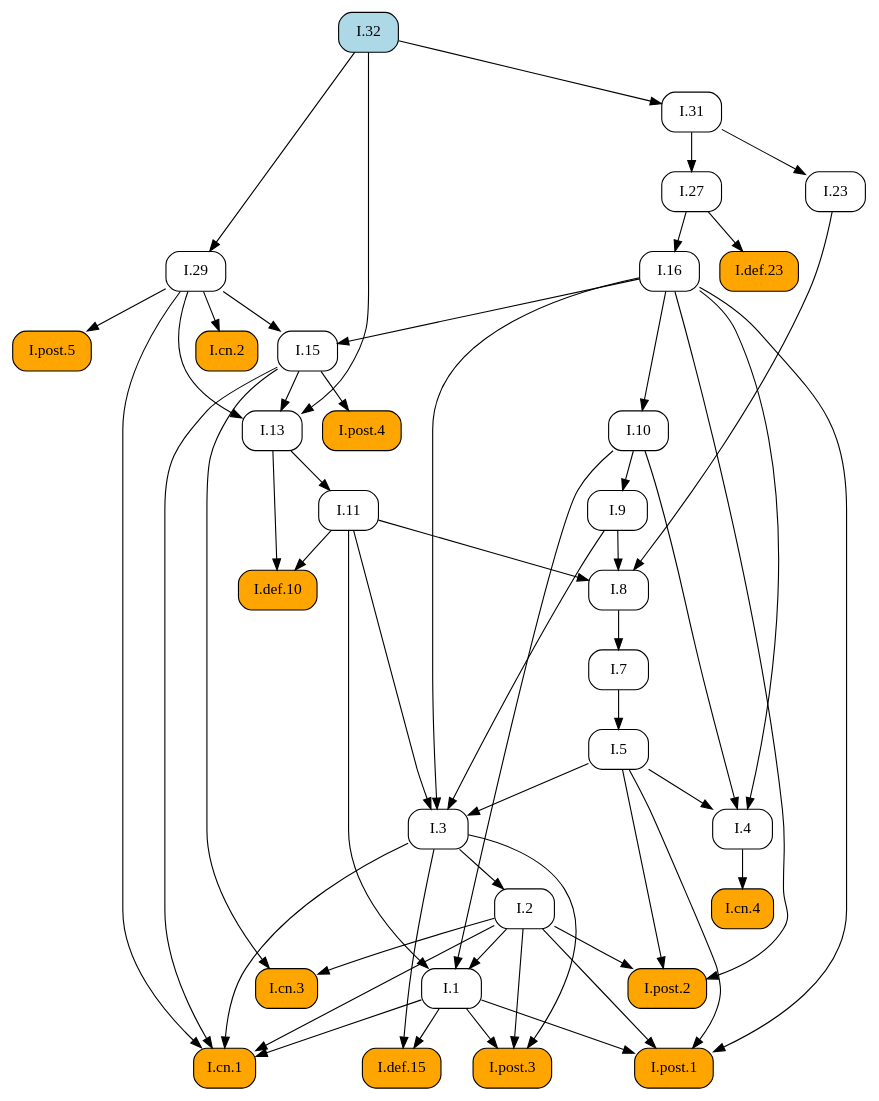
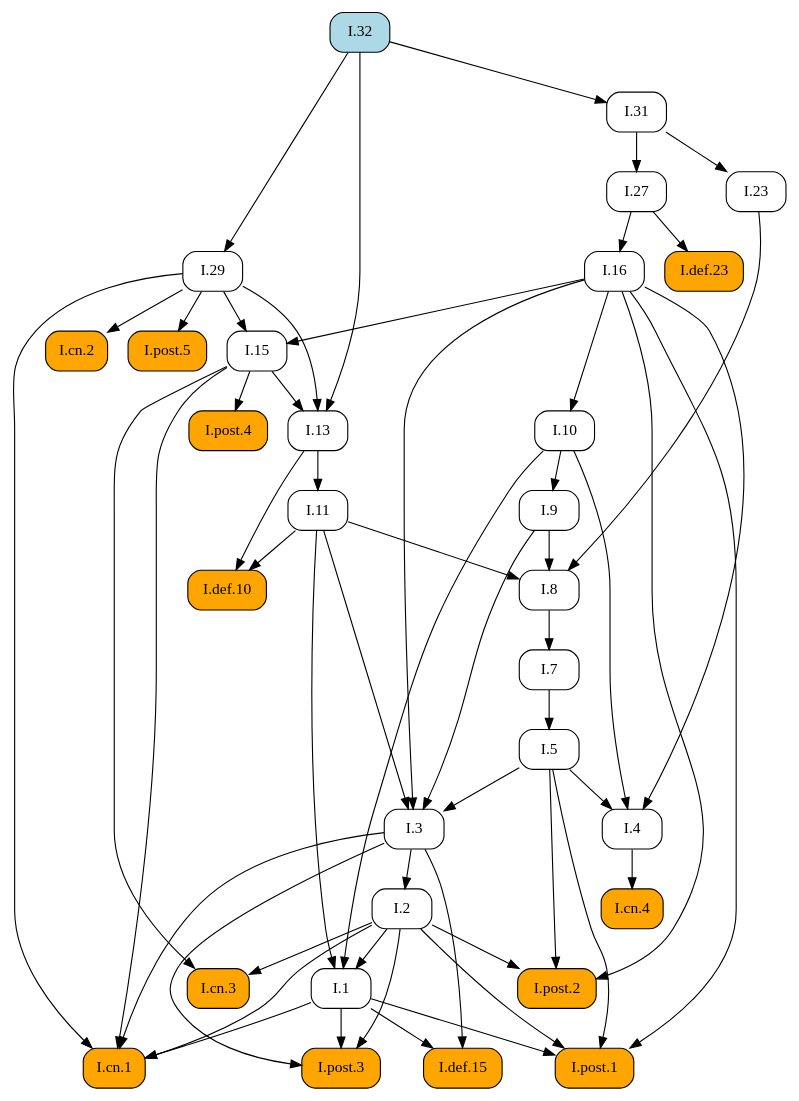
One commit to geometor/elements changed the diagram in docsrc/heath/I/32/index.rst. Above: the diagram before and after it, drawn with Graphviz. The commit also changed other lines of this file and 1029 other files, not shown here.

```diff
--- a/docsrc/heath/I/32/index.rst
+++ b/docsrc/heath/I/32/index.rst
@@ -50,89 +50,89 @@
    digraph {
      rankdir="TB";
      node [shape=box, style=rounded];
+     "I.def.10" [style="rounded,filled", fillcolor=orange, URL="/heath/I/def.10/", target="_top"];
+     "I.11" [URL="/heath/I/11/", target="_top"];
+     "I.post.4" [style="rounded,filled", fillcolor=orange, URL="/heath/I/post.4/", target="_top"];
+     "I.1" [URL="/heath/I/1/", target="_top"];
+     "I.27" [URL="/heath/I/27/", target="_top"];
+     "I.7" [URL="/heath/I/7/", target="_top"];
+     "I.3" [URL="/heath/I/3/", target="_top"];
+     "I.2" [URL="/heath/I/2/", target="_top"];
+     "I.def.23" [style="rounded,filled", fillcolor=orange, URL="/heath/I/def.23/", target="_top"];
+     "I.4" [URL="/heath/I/4/", target="_top"];
+     "I.29" [URL="/heath/I/29/", target="_top"];
      "I.13" [URL="/heath/I/13/", target="_top"];
+     "I.cn.2" [style="rounded,filled", fillcolor=orange, URL="/heath/I/cn.2/", target="_top"];
+     "I.31" [URL="/heath/I/31/", target="_top"];
+     "I.post.2" [style="rounded,filled", fillcolor=orange, URL="/heath/I/post.2/", target="_top"];
+     "I.16" [URL="/heath/I/16/", target="_top"];
+     "I.def.15" [style="rounded,filled", fillcolor=orange, URL="/heath/I/def.15/", target="_top"];
+     "I.9" [URL="/heath/I/9/", target="_top"];
+     "I.post.3" [style="rounded,filled", fillcolor=orange, URL="/heath/I/post.3/", target="_top"];
+     "I.cn.1" [style="rounded,filled", fillcolor=orange, URL="/heath/I/cn.1/", target="_top"];
      "I.cn.3" [style="rounded,filled", fillcolor=orange, URL="/heath/I/cn.3/", target="_top"];
-     "I.cn.2" [style="rounded,filled", fillcolor=orange, URL="/heath/I/cn.2/", target="_top"];
+     "I.8" [URL="/heath/I/8/", target="_top"];
+     "I.32" [style="rounded,filled", fillcolor=lightblue, URL="/heath/I/32/", target="_top"];
+     "I.cn.4" [style="rounded,filled", fillcolor=orange, URL="/heath/I/cn.4/", target="_top"];
+     "I.23" [URL="/heath/I/23/", target="_top"];
+     "I.15" [URL="/heath/I/15/", target="_top"];
+     "I.post.5" [style="rounded,filled", fillcolor=orange, URL="/heath/I/post.5/", target="_top"];
+     "I.post.1" [style="rounded,filled", fillcolor=orange, URL="/heath/I/post.1/", target="_top"];
+     "I.10" [URL="/heath/I/10/", target="_top"];
      "I.5" [URL="/heath/I/5/", target="_top"];
-     "I.11" [URL="/heath/I/11/", target="_top"];
-     "I.29" [URL="/heath/I/29/", target="_top"];
-     "I.7" [URL="/heath/I/7/", target="_top"];
-     "I.10" [URL="/heath/I/10/", target="_top"];
-     "I.4" [URL="/heath/I/4/", target="_top"];
-     "I.27" [URL="/heath/I/27/", target="_top"];
-     "I.def.23" [style="rounded,filled", fillcolor=orange, URL="/heath/I/def.23/", target="_top"];
-     "I.3" [URL="/heath/I/3/", target="_top"];
-     "I.16" [URL="/heath/I/16/", target="_top"];
-     "I.31" [URL="/heath/I/31/", target="_top"];
-     "I.8" [URL="/heath/I/8/", target="_top"];
-     "I.9" [URL="/heath/I/9/", target="_top"];
-     "I.def.10" [style="rounded,filled", fillcolor=orange, URL="/heath/I/def.10/", target="_top"];
-     "I.post.4" [style="rounded,filled", fillcolor=orange, URL="/heath/I/post.4/", target="_top"];
-     "I.post.2" [style="rounded,filled", fillcolor=orange, URL="/heath/I/post.2/", target="_top"];
-     "I.2" [URL="/heath/I/2/", target="_top"];
-     "I.def.15" [style="rounded,filled", fillcolor=orange, URL="/heath/I/def.15/", target="_top"];
-     "I.1" [URL="/heath/I/1/", target="_top"];
-     "I.post.3" [style="rounded,filled", fillcolor=orange, URL="/heath/I/post.3/", target="_top"];
-     "I.post.1" [style="rounded,filled", fillcolor=orange, URL="/heath/I/post.1/", target="_top"];
-     "I.post.5" [style="rounded,filled", fillcolor=orange, URL="/heath/I/post.5/", target="_top"];
-     "I.cn.4" [style="rounded,filled", fillcolor=orange, URL="/heath/I/cn.4/", target="_top"];
-     "I.15" [URL="/heath/I/15/", target="_top"];
-     "I.cn.1" [style="rounded,filled", fillcolor=orange, URL="/heath/I/cn.1/", target="_top"];
-     "I.32" [style="rounded,filled", fillcolor=lightblue, URL="/heath/I/32/", target="_top"];
-     "I.23" [URL="/heath/I/23/", target="_top"];
-     "I.15" -> "I.13";
-     "I.29" -> "I.13";
-     "I.32" -> "I.13";
-     "I.2" -> "I.cn.3";
-     "I.15" -> "I.cn.3";
-     "I.29" -> "I.cn.2";
-     "I.7" -> "I.5";
+     "I.11" -> "I.def.10";
+     "I.13" -> "I.def.10";
      "I.13" -> "I.11";
-     "I.32" -> "I.29";
+     "I.15" -> "I.post.4";
+     "I.2" -> "I.1";
+     "I.10" -> "I.1";
+     "I.11" -> "I.1";
+     "I.31" -> "I.27";
      "I.8" -> "I.7";
-     "I.16" -> "I.10";
-     "I.5" -> "I.4";
-     "I.10" -> "I.4";
-     "I.16" -> "I.4";
-     "I.31" -> "I.27";
-     "I.27" -> "I.def.23";
      "I.5" -> "I.3";
      "I.9" -> "I.3";
      "I.11" -> "I.3";
      "I.16" -> "I.3";
-     "I.27" -> "I.16";
+     "I.3" -> "I.2";
+     "I.27" -> "I.def.23";
+     "I.5" -> "I.4";
+     "I.10" -> "I.4";
+     "I.16" -> "I.4";
+     "I.32" -> "I.29";
+     "I.15" -> "I.13";
+     "I.29" -> "I.13";
+     "I.32" -> "I.13";
+     "I.29" -> "I.cn.2";
      "I.32" -> "I.31";
-     "I.9" -> "I.8";
-     "I.11" -> "I.8";
-     "I.23" -> "I.8";
-     "I.10" -> "I.9";
-     "I.11" -> "I.def.10";
-     "I.13" -> "I.def.10";
-     "I.15" -> "I.post.4";
      "I.2" -> "I.post.2";
      "I.5" -> "I.post.2";
      "I.16" -> "I.post.2";
-     "I.3" -> "I.2";
+     "I.27" -> "I.16";
      "I.1" -> "I.def.15";
      "I.3" -> "I.def.15";
-     "I.2" -> "I.1";
-     "I.10" -> "I.1";
-     "I.11" -> "I.1";
+     "I.10" -> "I.9";
      "I.1" -> "I.post.3";
      "I.2" -> "I.post.3";
      "I.3" -> "I.post.3";
-     "I.1" -> "I.post.1";
-     "I.2" -> "I.post.1";
-     "I.5" -> "I.post.1";
-     "I.16" -> "I.post.1";
-     "I.29" -> "I.post.5";
-     "I.4" -> "I.cn.4";
-     "I.16" -> "I.15";
-     "I.29" -> "I.15";
      "I.1" -> "I.cn.1";
      "I.2" -> "I.cn.1";
      "I.3" -> "I.cn.1";
      "I.15" -> "I.cn.1";
      "I.29" -> "I.cn.1";
+     "I.2" -> "I.cn.3";
+     "I.15" -> "I.cn.3";
+     "I.9" -> "I.8";
+     "I.11" -> "I.8";
+     "I.23" -> "I.8";
+     "I.4" -> "I.cn.4";
      "I.31" -> "I.23";
+     "I.16" -> "I.15";
+     "I.29" -> "I.15";
+     "I.29" -> "I.post.5";
+     "I.1" -> "I.post.1";
+     "I.2" -> "I.post.1";
+     "I.5" -> "I.post.1";
+     "I.16" -> "I.post.1";
+     "I.16" -> "I.10";
+     "I.7" -> "I.5";
    }
```
